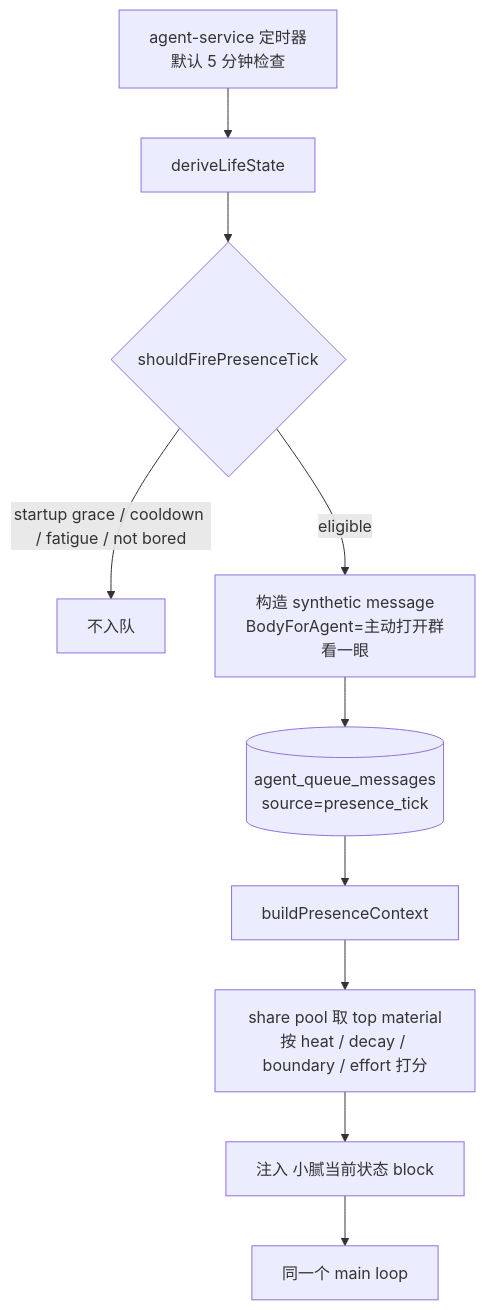
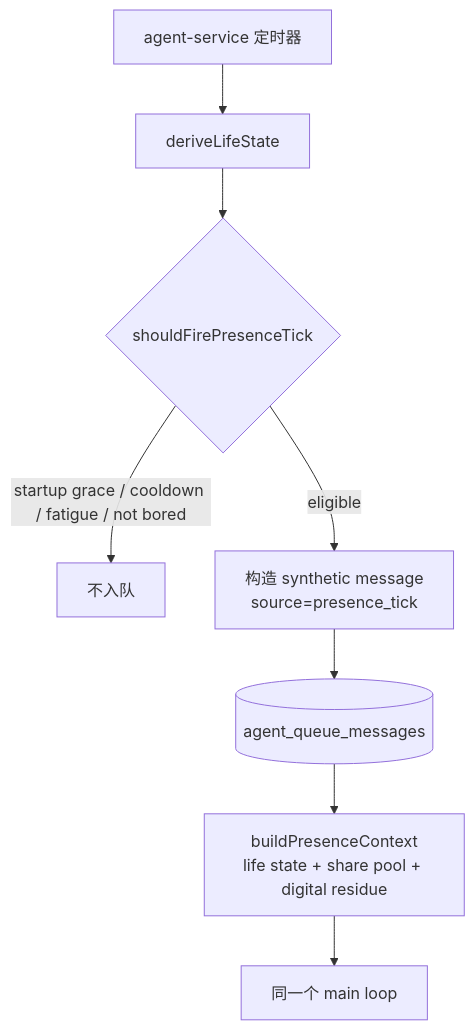
The third of 3 diagrams in docs/XIAONI_SPEAKING_FLOW.md (Hei-AI/xiaoni_cc), drawn with Mermaid before and after one commit. The commit also changed other lines of this file and 8 other files, not shown here.

````diff
--- a/docs/XIAONI_SPEAKING_FLOW.md
+++ b/docs/XIAONI_SPEAKING_FLOW.md
@@ -79,12 +77,10 @@
 ```mermaid
 flowchart TD
-  A[agent-service 定时器<br/>默认 5 分钟检查] --> B[deriveLifeState]
+  A[agent-service 定时器] --> B[deriveLifeState]
   B --> C{shouldFirePresenceTick}
   C -->|startup grace / cooldown / fatigue / not bored| D[不入队]
-  C -->|eligible| E[构造 synthetic message<br/>BodyForAgent=主动打开群看一眼]
-  E --> F[(agent_queue_messages<br/>source=presence_tick)]
-  F --> G[buildPresenceContext]
-  G --> H[share pool 取 top material<br/>按 heat / decay / boundary / effort 打分]
-  H --> I[注入 小腻当前状态 block]
-  I --> J[同一个 main loop]
+  C -->|eligible| E[构造 synthetic message<br/>source=presence_tick]
+  E --> F[(agent_queue_messages)]
+  F --> G[buildPresenceContext<br/>life state + share pool + digital residue]
+  G --> H[同一个 main loop]
 ```
````
